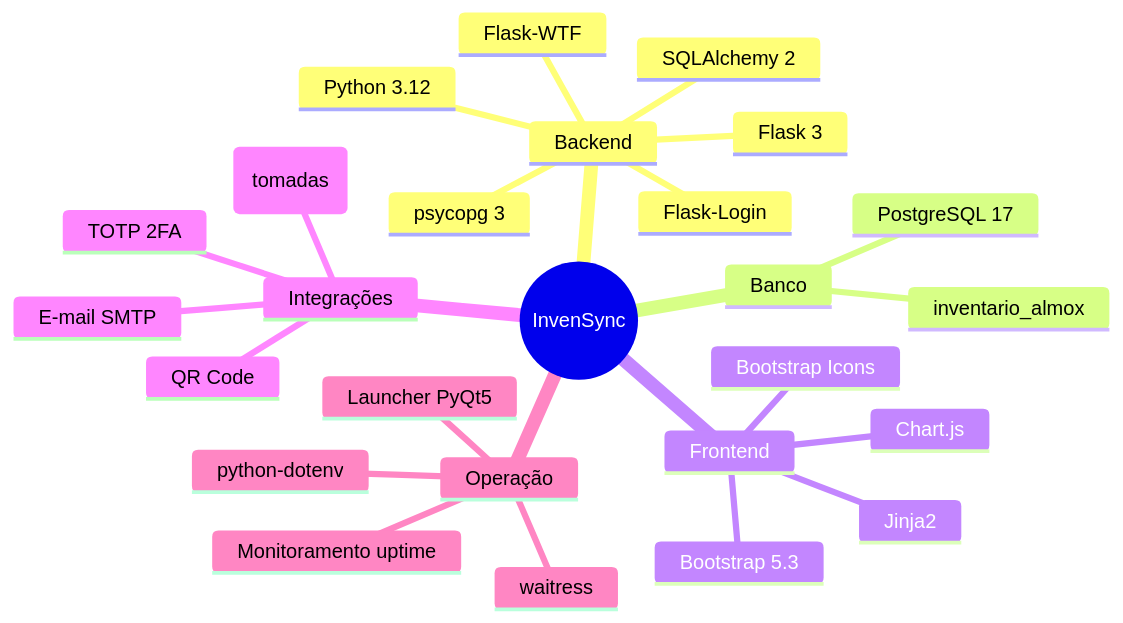
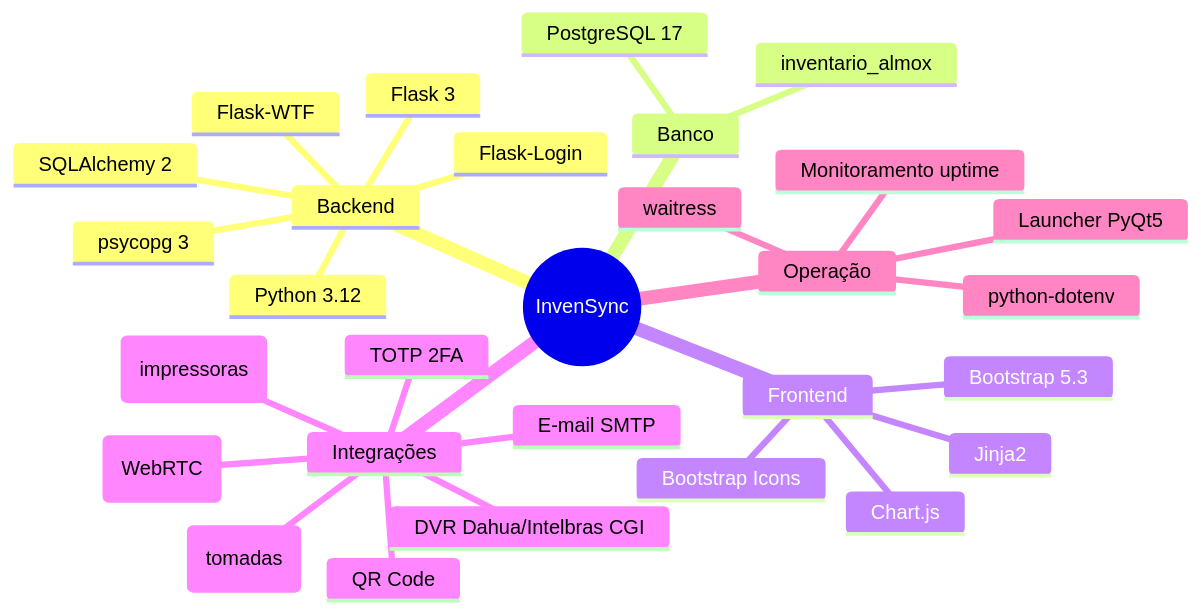
One commit to nerdGG094/InvenSync changed the first of 26 diagrams in docs/DOCUMENTACAO.md. Above: the diagram before and after it, drawn with Mermaid. The commit also changed other lines of this file and 2 other files, not shown here.

````diff
--- a/docs/DOCUMENTACAO.md
+++ b/docs/DOCUMENTACAO.md
@@ -68,29 +85,32 @@
 ```mermaid
 mindmap
   root((InvenSync))
     Backend
       Python 3.12
       Flask 3
       Flask-Login
       Flask-WTF
       SQLAlchemy 2
       psycopg 3
     Banco
       PostgreSQL 17
       inventario_almox
     Frontend
       Jinja2
       Bootstrap 5.3
       Bootstrap Icons
       Chart.js
     Integrações
       E-mail SMTP
       Tuya local (tomadas)
+      SNMP e IPP (impressoras)
+      DVR Dahua/Intelbras CGI
+      go2rtc (WebRTC)
       QR Code
       TOTP 2FA
     Operação
       waitress
       Launcher PyQt5
       python-dotenv
       Monitoramento uptime
 ```
````
